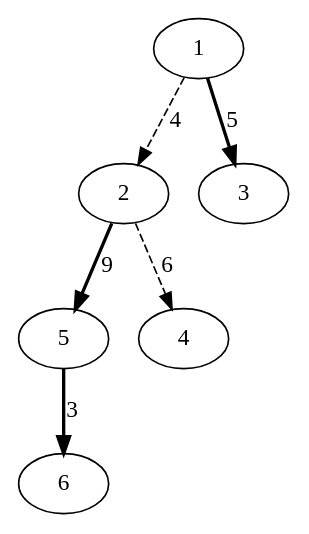
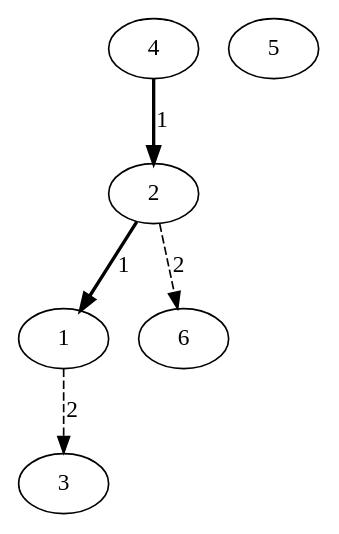
Before and after one commit to Musab1Blaser/DynamicTrees_NF: the diagram in ST-Tree/src/combined_graph.dot, drawn with Graphviz. The commit also changed 5 other files, not shown here.

```diff
--- a/ST-Tree/src/combined_graph.dot
+++ b/ST-Tree/src/combined_graph.dot
@@ -1,13 +1,12 @@
 digraph G {
-2 -> 5 [style=bold, label=9];
-5 -> 6 [style=bold, label=3];
-1 -> 3 [style=bold, label=5];
-1 -> 2 [style=dashed, label=4];
-2 -> 4 [style=dashed, label=6];
+4 -> 2 [style=bold, label=1];
+2 -> 1 [style=bold, label=1];
+1 -> 3 [style=dashed, label=2];
+2 -> 6 [style=dashed, label=2];
 1; 
 2; 
 3; 
 4; 
 5; 
 6; 
 }
```
